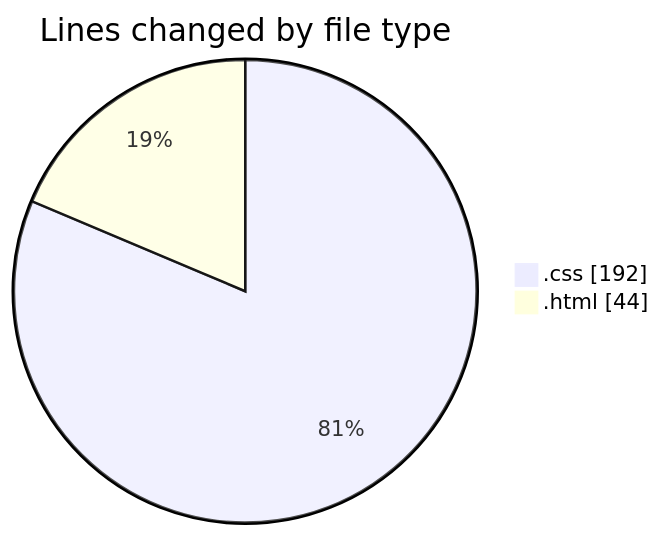
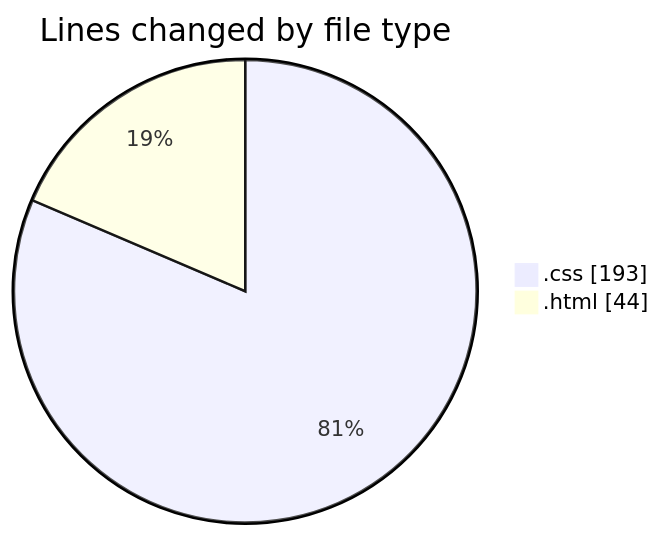
One commit to NitaiMahat/code-tracking changed the first of 2 diagrams in 2025-01-26/results-summary-component-main/README.md. Above: the diagram before and after it, drawn with Mermaid. The commit also changed other lines of this file and 1 other file, not shown here.

````diff
--- a/2025-01-26/results-summary-component-main/README.md
+++ b/2025-01-26/results-summary-component-main/README.md
@@ -21,6 +21,6 @@
 ```mermaid
 pie showData
 title Lines changed by file type
-".css" : 192
+".css" : 193
 ".html" : 44
 ```
````
